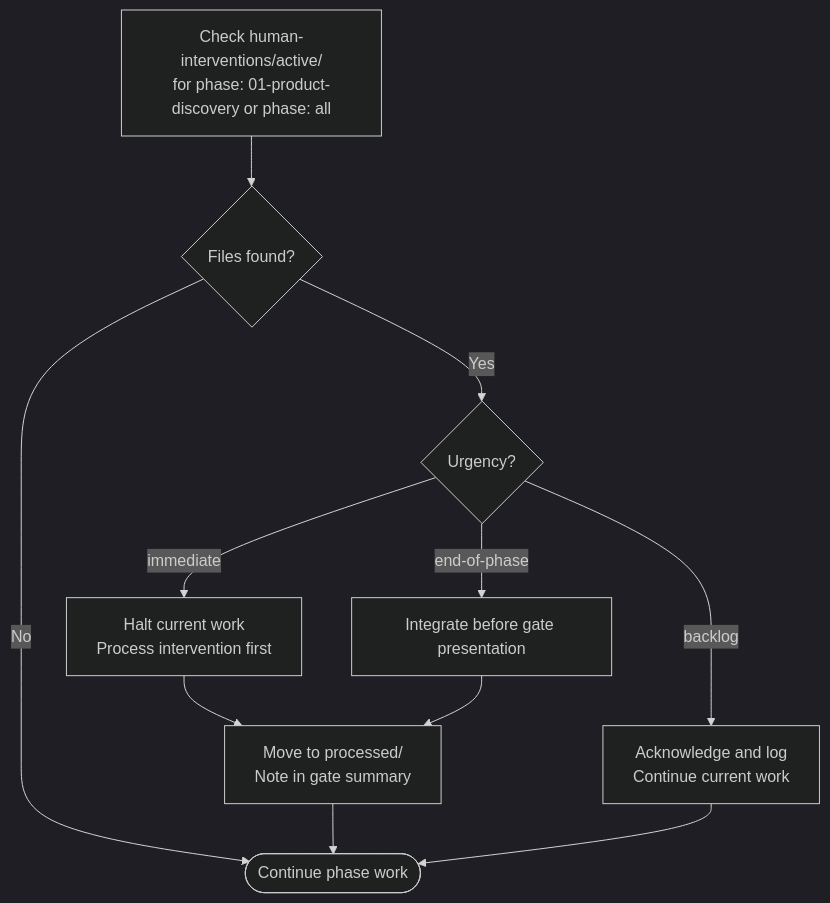
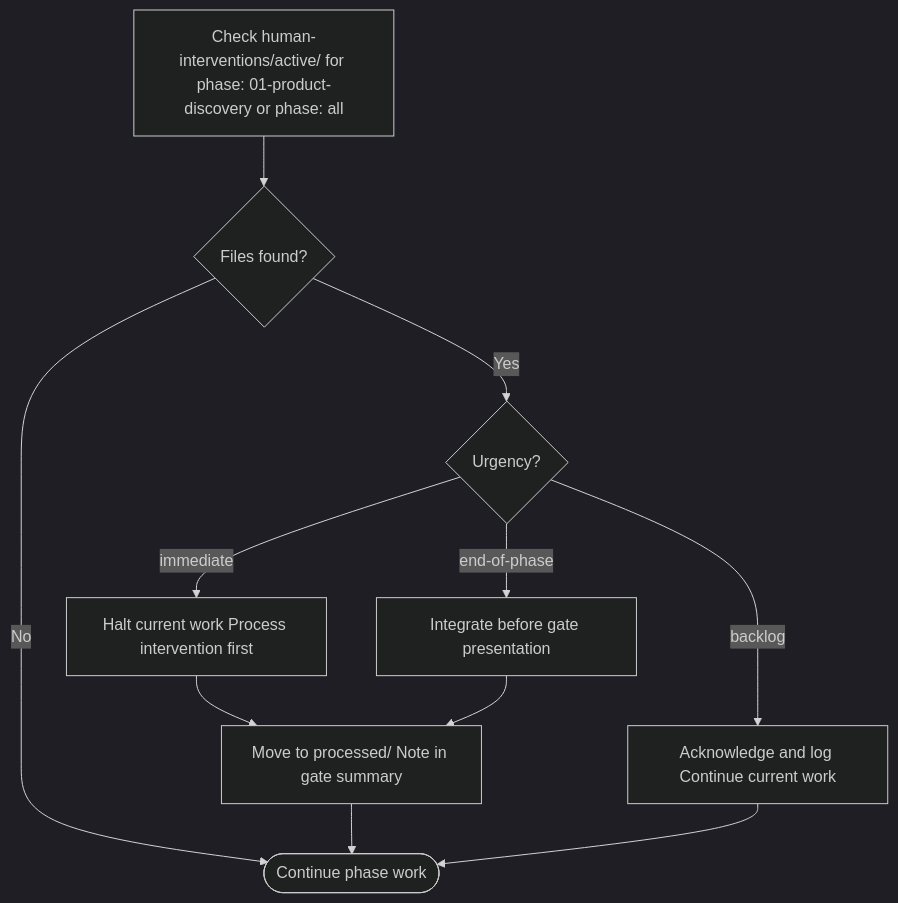
Before and after one commit to ivanyeors/product-agentic-templates: the second of 2 diagrams in .cursor/skills/01-product-discovery/SKILL.md, drawn with Mermaid (dark theme). The commit also changed other lines of this file and 39 other files, not shown here.

````diff
--- a/.cursor/skills/01-product-discovery/SKILL.md
+++ b/.cursor/skills/01-product-discovery/SKILL.md
@@ -136,13 +136,13 @@
 ```mermaid
 flowchart TD
-    check[Check human-interventions/active/\nfor phase: 01-product-discovery or phase: all] --> found{Files found?}
+    check[Check human-interventions/active/ for phase: 01-product-discovery or phase: all] --> found{Files found?}
     found -->|No| proceed([Continue phase work])
     found -->|Yes| urgency{Urgency?}
-    urgency -->|immediate| halt[Halt current work\nProcess intervention first]
+    urgency -->|immediate| halt[Halt current work Process intervention first]
     urgency -->|end-of-phase| queue[Integrate before gate presentation]
-    urgency -->|backlog| log[Acknowledge and log\nContinue current work]
-    halt --> archive[Move to processed/\nNote in gate summary]
+    urgency -->|backlog| log[Acknowledge and log Continue current work]
+    halt --> archive[Move to processed/ Note in gate summary]
     queue --> archive
     archive --> proceed
     log --> proceed
 ```
````
